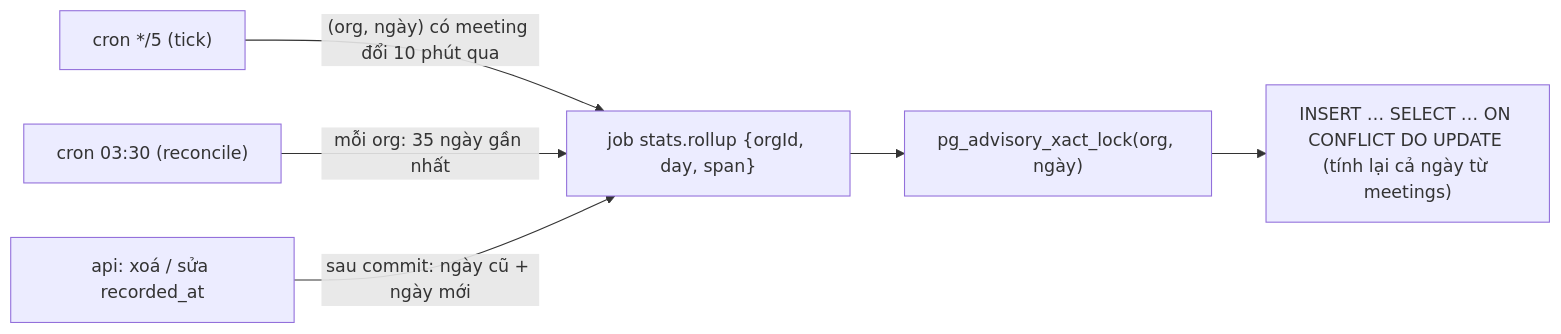
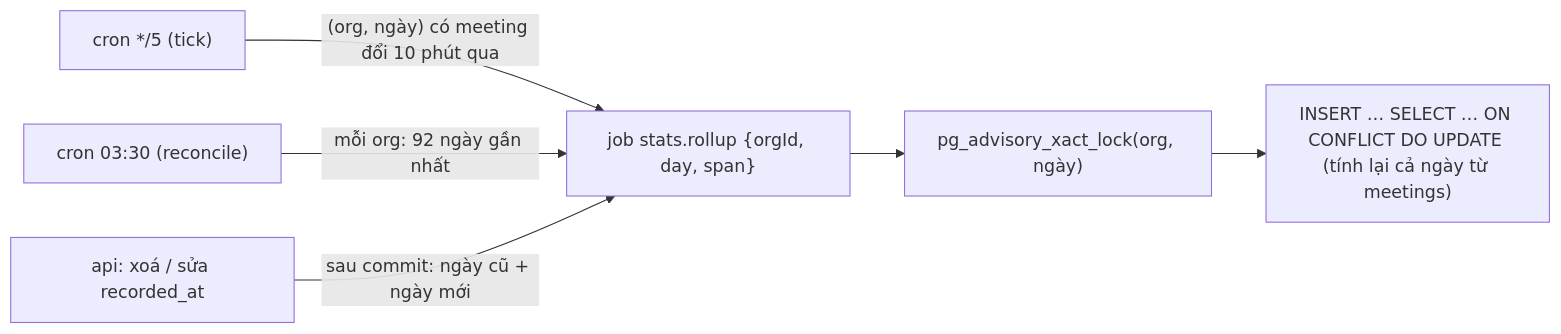
One commit to toanco123/meet-note changed the fifth of 5 diagrams in docs/design/06-flows.md. Above: the diagram before and after it, drawn with Mermaid. The commit also changed other lines of this file and 12 other files, not shown here.

````diff
--- a/docs/design/06-flows.md
+++ b/docs/design/06-flows.md
@@ -211,8 +211,8 @@
 ```mermaid
 flowchart LR
     T["cron */5 (tick)"] -->|"(org, ngày) có meeting đổi 10 phút qua"| R
-    N["cron 03:30 (reconcile)"] -->|"mỗi org: 35 ngày gần nhất"| R
+    N["cron 03:30 (reconcile)"] -->|"mỗi org: 92 ngày gần nhất"| R
     A["api: xoá / sửa recorded_at"] -->|"sau commit: ngày cũ + ngày mới"| R
     R["job stats.rollup {orgId, day, span}"] --> L["pg_advisory_xact_lock(org, ngày)"]
     L --> U["INSERT … SELECT … ON CONFLICT DO UPDATE (tính lại cả ngày từ meetings)"]
 ```
````
